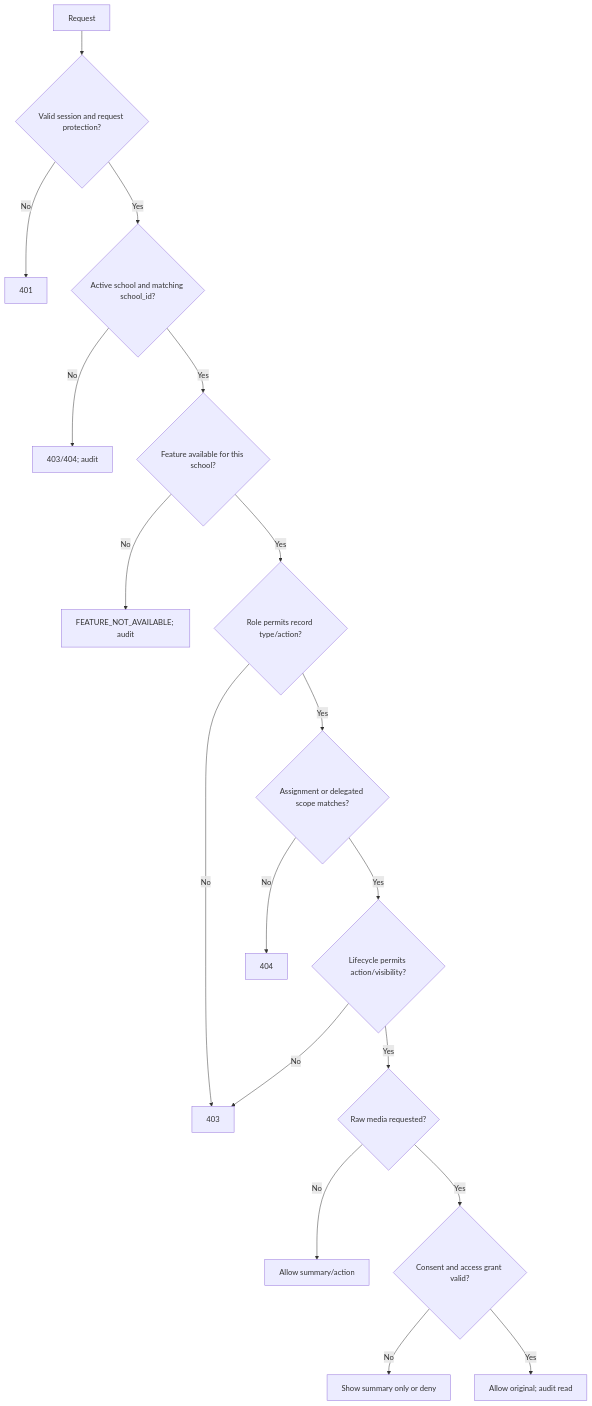
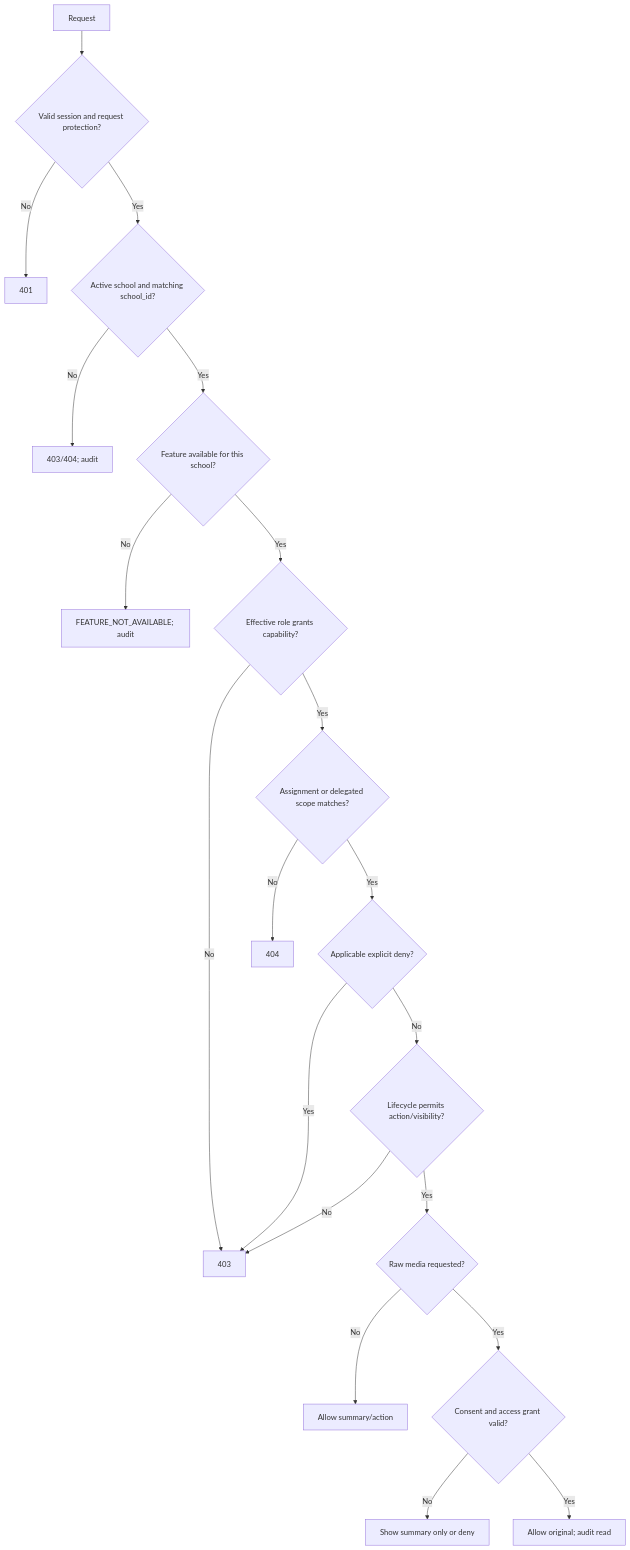
Before and after one commit to heison-octopus/testing-port: the diagram in output/English/SRS/SRS-01 Identity sessions and access control.md, drawn with Mermaid. The commit also changed other lines of this file and 117 other files, not shown here.

````diff
--- a/output/English/SRS/SRS-01 Identity sessions and access control.md
+++ b/output/English/SRS/SRS-01 Identity sessions and access control.md
@@ -64,20 +76,22 @@
 ```mermaid
 flowchart TD
     R[Request] --> S{Valid session and request protection?}
     S -->|No| U[401]
     S -->|Yes| School{Active school and matching school_id?}
     School -->|No| X[403/404; audit]
     School -->|Yes| Feature{Feature available for this school?}
     Feature -->|No| F[FEATURE_NOT_AVAILABLE; audit]
-    Feature -->|Yes| Role{Role permits record type/action?}
+    Feature -->|Yes| Role{Effective role grants capability?}
     Role -->|No| D[403]
     Role -->|Yes| Scope{Assignment or delegated scope matches?}
     Scope -->|No| N[404]
-    Scope -->|Yes| State{Lifecycle permits action/visibility?}
+    Scope -->|Yes| Override{Applicable explicit deny?}
+    Override -->|Yes| D
+    Override -->|No| State{Lifecycle permits action/visibility?}
     State -->|No| D
     State -->|Yes| Raw{Raw media requested?}
     Raw -->|No| A[Allow summary/action]
     Raw -->|Yes| Consent{Consent and access grant valid?}
     Consent -->|No| M[Show summary only or deny]
     Consent -->|Yes| O[Allow original; audit read]
 ```
````
